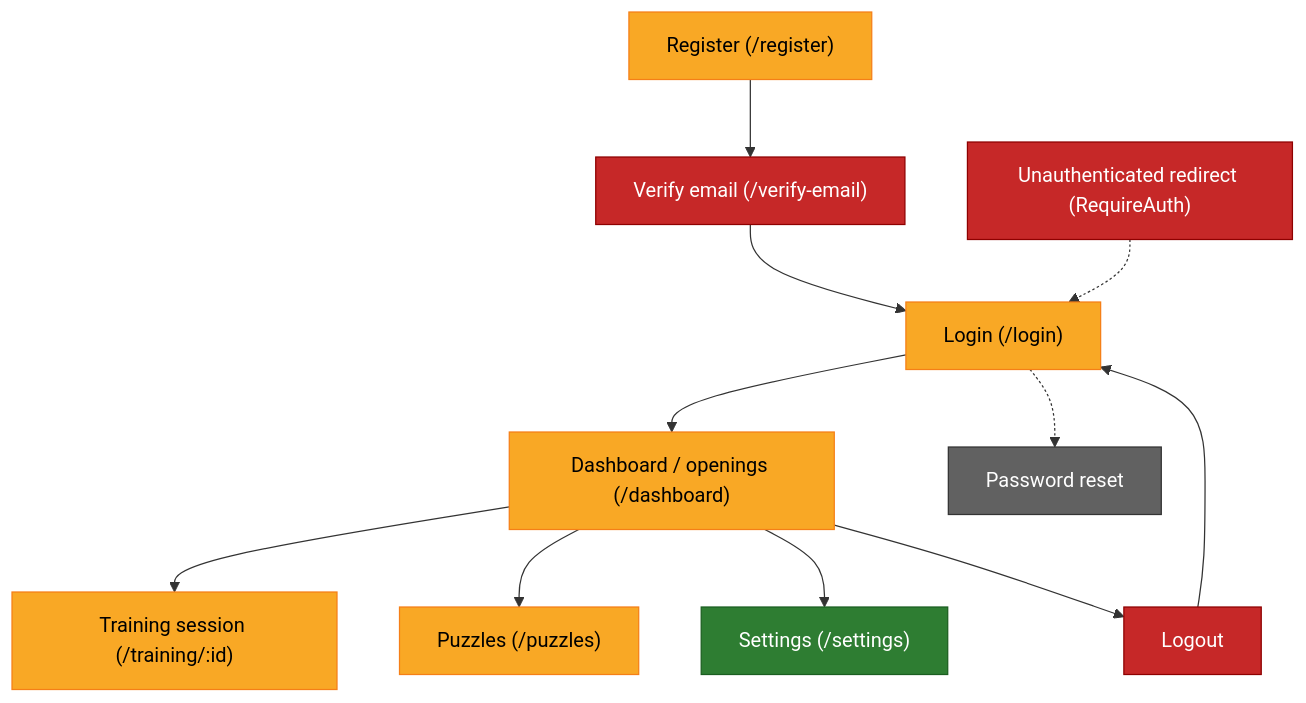
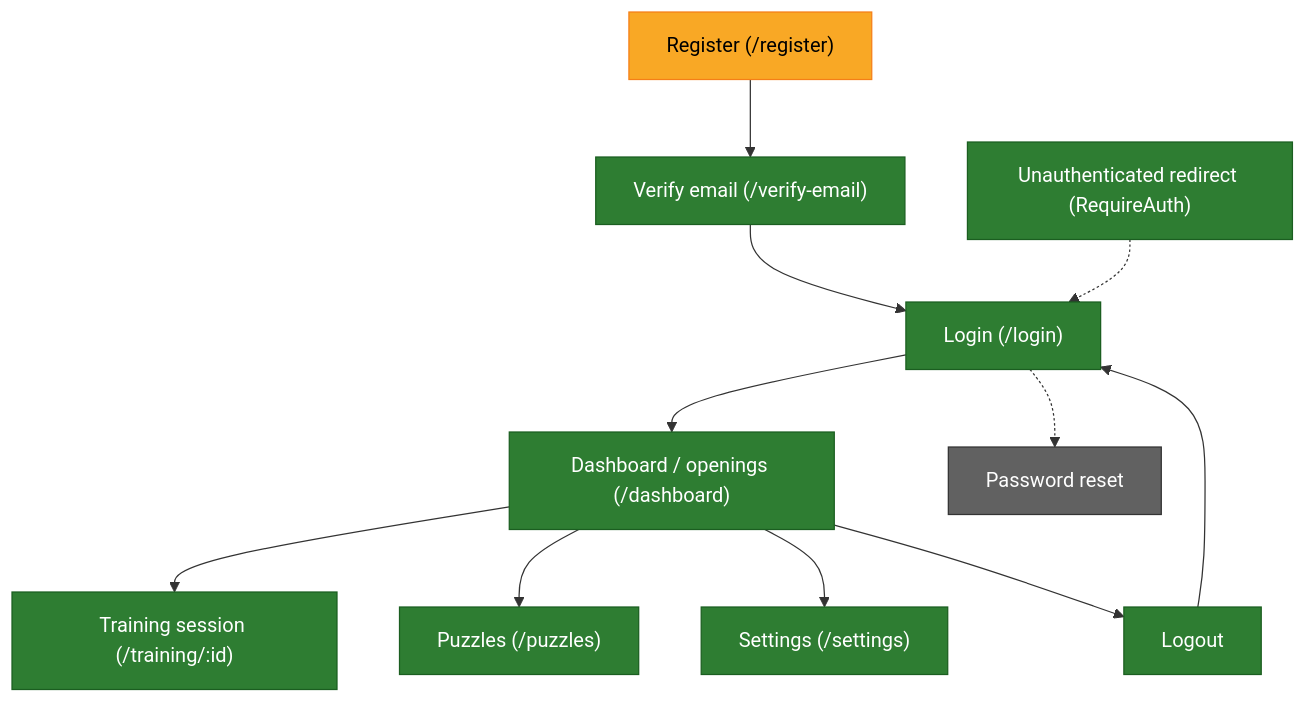
The diagram in react/e2e/README.md (coliver/chess-trainer), drawn with Mermaid before and after one commit. The commit also changed other lines of this file and 15 other files, not shown here.

First line of the commit message:
test(e2e): expand gap-flow coverage to all 8 tracked flows + accessibility

````diff
--- a/react/e2e/README.md
+++ b/react/e2e/README.md
@@ -8,27 +9,27 @@
 ```mermaid
 flowchart TD
     Register["Register (/register)"]:::partial
-    Login["Login (/login)"]:::partial
-    Verify["Verify email (/verify-email)"]:::gap
-    Dashboard["Dashboard / openings (/dashboard)"]:::partial
-    Training["Training session (/training/:id)"]:::partial
-    Puzzles["Puzzles (/puzzles)"]:::partial
+    Login["Login (/login)"]:::covered
+    Verify["Verify email (/verify-email)"]:::covered
+    Dashboard["Dashboard / openings (/dashboard)"]:::covered
+    Training["Training session (/training/:id)"]:::covered
+    Puzzles["Puzzles (/puzzles)"]:::covered
     Settings["Settings (/settings)"]:::covered
-    Logout["Logout"]:::gap
-    RouteGuard["Unauthenticated redirect (RequireAuth)"]:::gap
+    Logout["Logout"]:::covered
+    RouteGuard["Unauthenticated redirect (RequireAuth)"]:::covered
     Reset["Password reset"]:::notbuilt
 
     Register --> Verify --> Login
     Login --> Dashboard
     Dashboard --> Training
     Dashboard --> Puzzles
     Dashboard --> Settings
     Login -.-> Reset
     Dashboard --> Logout --> Login
     RouteGuard -.-> Login
 
     classDef covered fill:#2e7d32,color:#fff,stroke:#1b5e20;
     classDef partial fill:#f9a825,color:#000,stroke:#f57f17;
     classDef gap fill:#c62828,color:#fff,stroke:#8e0000;
     classDef notbuilt fill:#616161,color:#fff,stroke:#333;
 ```
````
